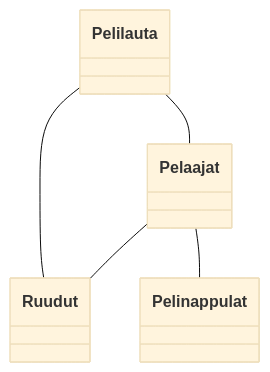
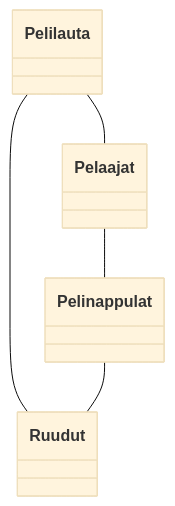
One commit to Mahlamaki/ot-harjoitustyo changed the diagram in laskarit/viikko3/tehtävä1.md. Above: the diagram before and after it, drawn with Mermaid (base theme).

````diff
--- a/laskarit/viikko3/tehtävä1.md
+++ b/laskarit/viikko3/tehtävä1.md
@@ -1,7 +1,7 @@
 ```mermaid
 classDiagram
 Pelilauta -- Ruudut
 Pelilauta -- Pelaajat
-Pelaajat -- Ruudut
+Pelinappulat -- Ruudut
 Pelaajat --  Pelinappulat
 ```
````
